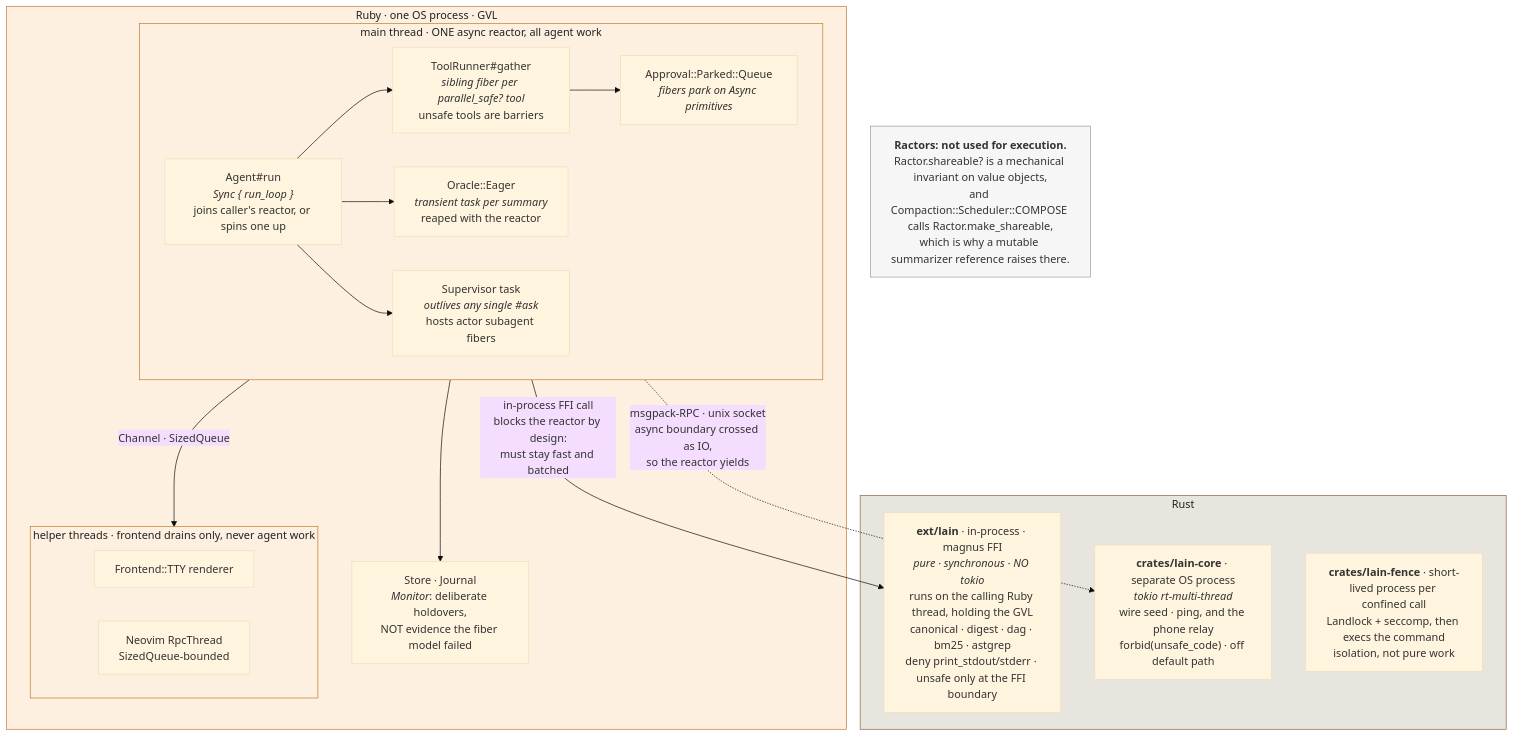
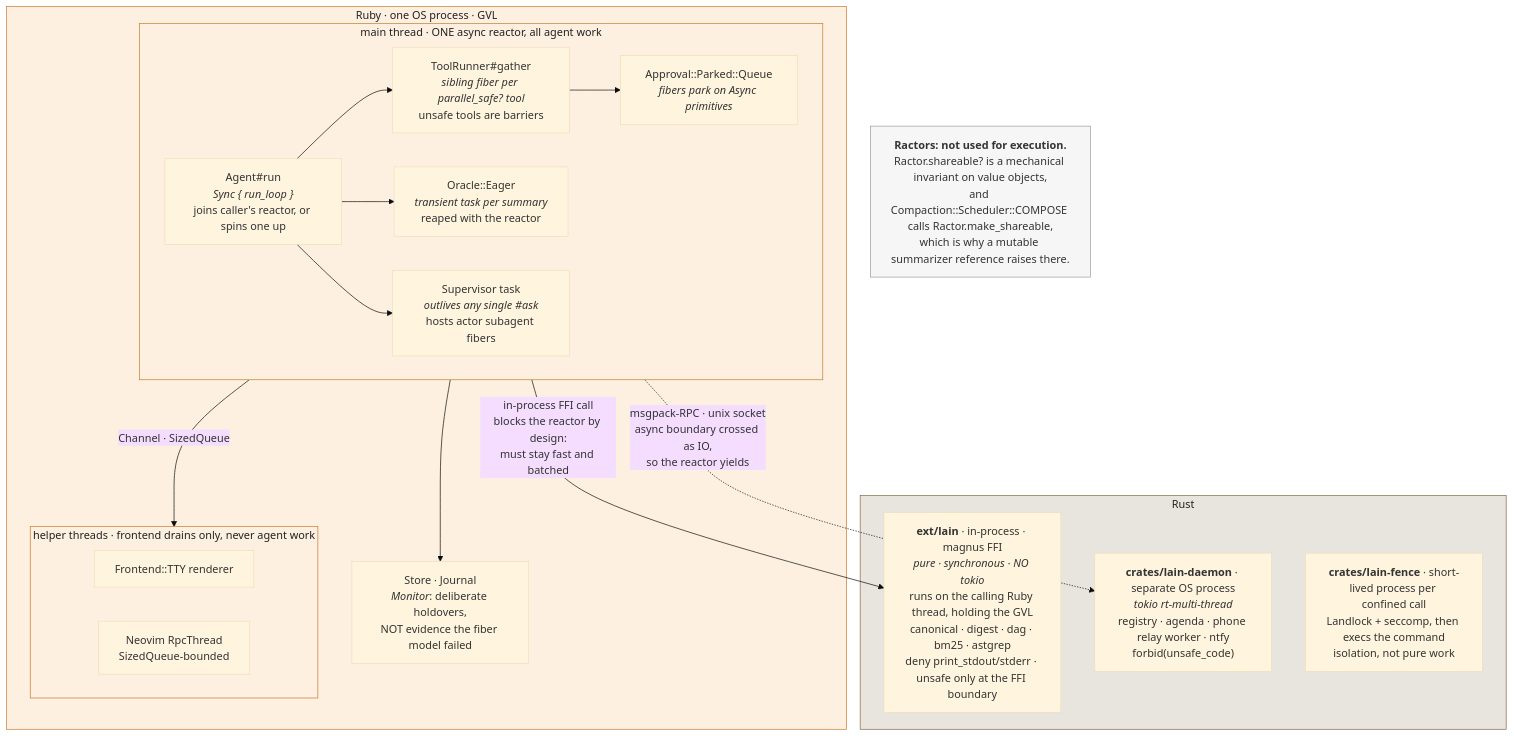
One commit to liaden/lain changed the second of 6 diagrams in ARCHITECTURE.md. Above: the diagram before and after it, drawn with Mermaid (base theme). The commit also changed other lines of this file and 33 other files, not shown here.

First line of the commit message:
lain-core: retire the binary; the daemon carries its work

````diff
--- a/ARCHITECTURE.md
+++ b/ARCHITECTURE.md
@@ -73,40 +71,40 @@
 ```mermaid
 flowchart TB
   subgraph RUBY["Ruby · one OS process · GVL"]
     subgraph REACTOR["main thread · ONE async reactor, all agent work"]
       LOOP["Agent#run<br/><i>Sync { run_loop }</i><br/>joins caller's reactor, or spins one up"]
       GATHER["ToolRunner#gather<br/><i>sibling fiber per parallel_safe? tool</i><br/>unsafe tools are barriers"]
       SUP["Supervisor task<br/><i>outlives any single #ask</i><br/>hosts actor subagent fibers"]
       EAGER["Oracle::Eager<br/><i>transient task per summary</i><br/>reaped with the reactor"]
       APPR["Approval::Parked::Queue<br/><i>fibers park on Async primitives</i>"]
     end
     subgraph THREADS["helper threads · frontend drains only, never agent work"]
       TTYT["Frontend::TTY renderer"]
       NVIMT["Neovim RpcThread<br/>SizedQueue-bounded"]
     end
     LOCKS["Store · Journal<br/><i>Monitor</i>: deliberate holdovers,<br/>NOT evidence the fiber model failed"]
   end
 
   subgraph RUST["Rust"]
     EXT["<b>ext/lain</b> · in-process · magnus FFI<br/><i>pure · synchronous · NO tokio</i><br/>runs on the calling Ruby thread, holding the GVL<br/>canonical · digest · dag · bm25 · astgrep<br/>deny print_stdout/stderr · unsafe only at the FFI boundary"]
-    CORE["<b>crates/lain-core</b> · separate OS process<br/><i>tokio rt-multi-thread</i><br/>wire seed · ping, and the phone relay<br/>forbid(unsafe_code) · off default path"]
+    CORE["<b>crates/lain-daemon</b> · separate OS process<br/><i>tokio rt-multi-thread</i><br/>registry · agenda · phone relay worker · ntfy<br/>forbid(unsafe_code)"]
     FENCE["<b>crates/lain-fence</b> · short-lived process per confined call<br/>Landlock + seccomp, then execs the command<br/>isolation, not pure work"]
   end
 
   LOOP --> GATHER --> APPR
   LOOP --> EAGER
   LOOP --> SUP
   REACTOR -->|"in-process FFI call<br/>blocks the reactor by design:<br/>must stay fast and batched"| EXT
   REACTOR -.->|"msgpack-RPC · unix socket<br/>async boundary crossed as IO,<br/>so the reactor yields"| CORE
   REACTOR --> LOCKS
   REACTOR -->|"Channel · SizedQueue"| THREADS
 
   RACTOR["<b>Ractors: not used for execution.</b><br/>Ractor.shareable? is a mechanical invariant on value objects,<br/>and Compaction::Scheduler::COMPOSE calls Ractor.make_shareable,<br/>which is why a mutable summarizer reference raises there."]
 
   classDef ruby fill:#fdf0e0,stroke:#c47a2c,color:#222
   classDef rust fill:#e8e4de,stroke:#8a6544,color:#222
   classDef note fill:#f6f6f6,stroke:#999,color:#333
   class RUBY,REACTOR,THREADS ruby
   class RUST rust
   class RACTOR note
 ```
````
